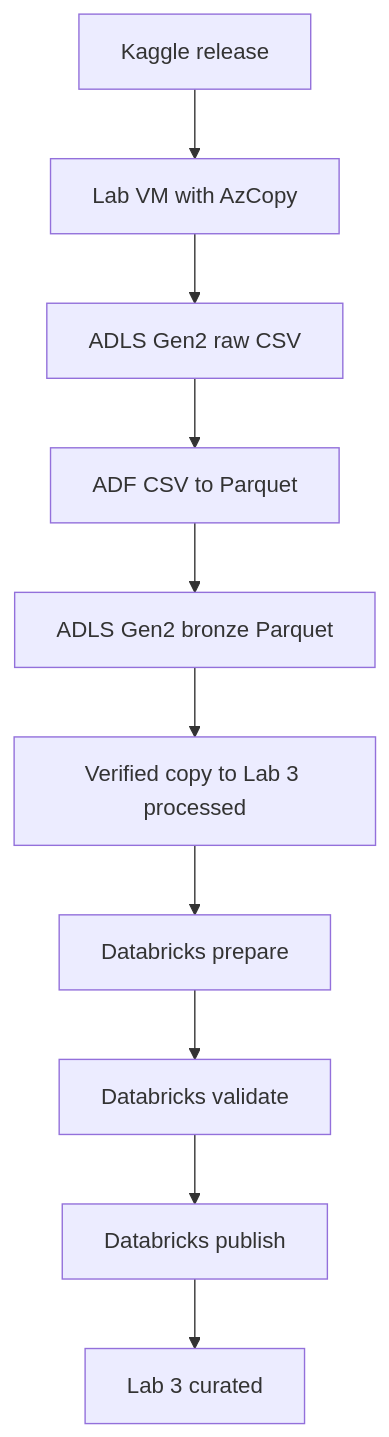
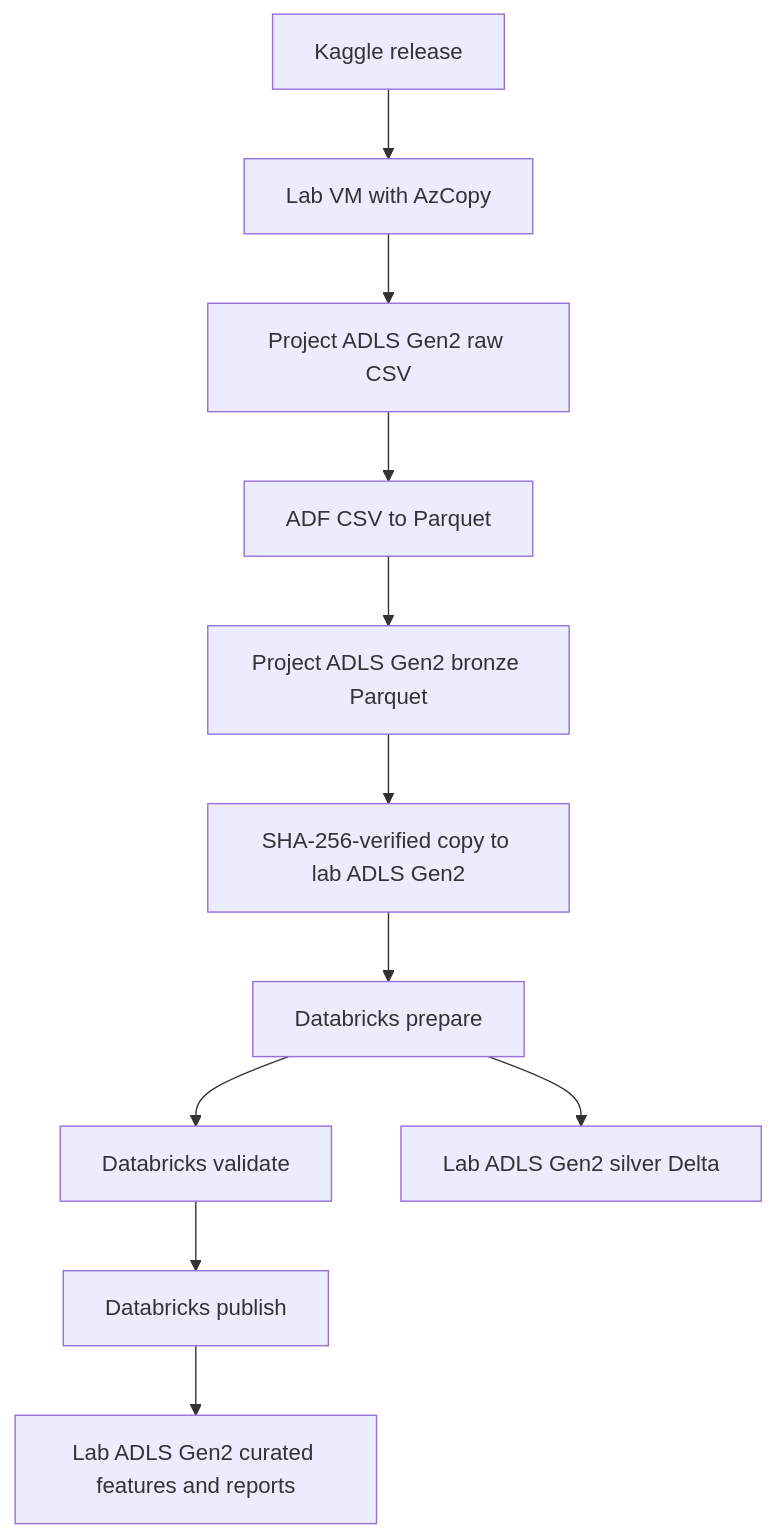
The diagram in README.md (Jehan-Ali-Elsaid/dsai3202-stock-price-forecasting), drawn with Mermaid before and after one commit. The commit also changed other lines of this file and 20 other files, not shown here.

````diff
--- a/README.md
+++ b/README.md
@@ -31,12 +30,13 @@
 ```mermaid
 flowchart TD
     K["Kaggle release"] --> A["Lab VM with AzCopy"]
-    A --> R["ADLS Gen2 raw CSV"]
+    A --> R["Project ADLS Gen2 raw CSV"]
     R --> B["ADF CSV to Parquet"]
-    B --> P["ADLS Gen2 bronze Parquet"]
-    P --> H["Verified copy to Lab 3 processed"]
+    B --> P["Project ADLS Gen2 bronze Parquet"]
+    P --> H["SHA-256-verified copy to lab ADLS Gen2"]
     H --> D["Databricks prepare"]
     D --> V["Databricks validate"]
     V --> C["Databricks publish"]
-    C --> U["Lab 3 curated"]
+    D --> S["Lab ADLS Gen2 silver Delta"]
+    C --> U["Lab ADLS Gen2 curated features and reports"]
 ```
````
